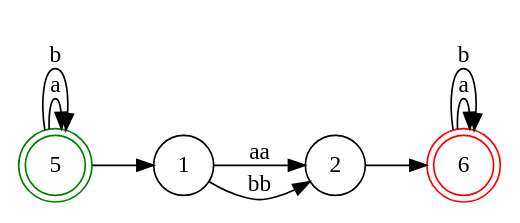
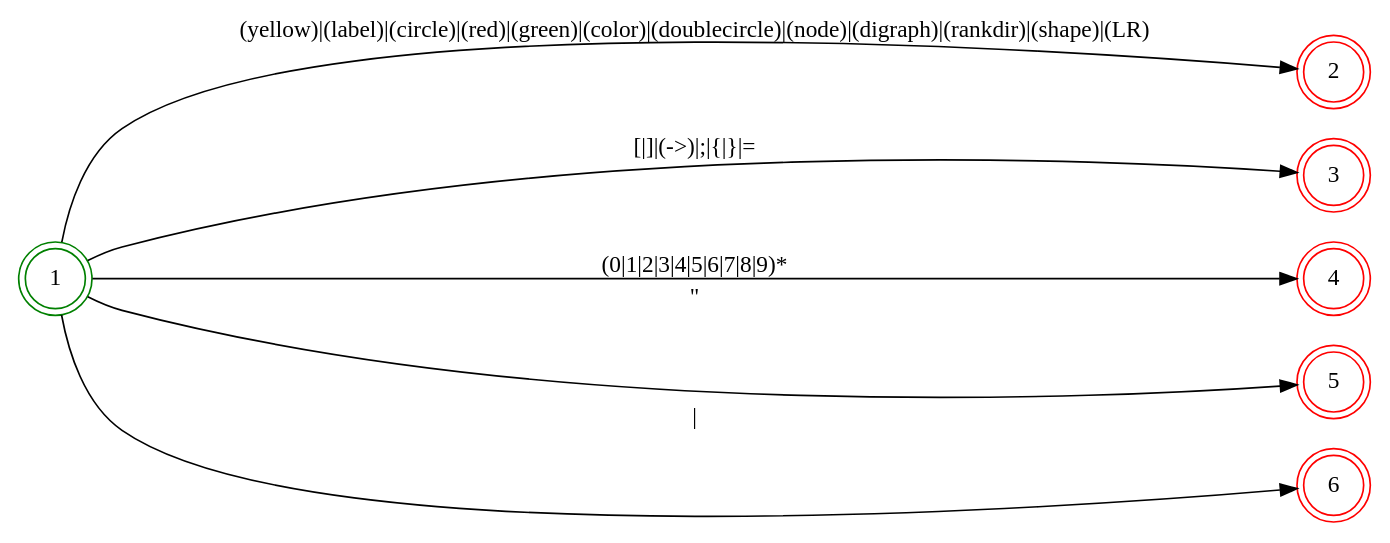
The diagram in scripts/lua/dot/NDF copy.dot (v012345/lua5.4.4), drawn with Graphviz before and after one commit. The commit also changed 4 other files, not shown here.

```diff
--- a/scripts/lua/dot/NDF copy.dot
+++ b/scripts/lua/dot/NDF copy.dot
@@ -1,16 +1,16 @@
 digraph NDF {
     rankdir = LR;
-    size = "8,5";
     node [shape = doublecircle;];
-    5 [color = green;];
+    1 [color = green;];
+    2 [color = red;];
+    3 [color = red;];
+    4 [color = red;];
+    5 [color = red;];
     6 [color = red;];
     node [shape = circle;];
-    5 -> 5 [label = "a";];
-    5 -> 5 [label = "b";];
-    5 -> 1 [label = "";];
-    1 -> 2 [label = "aa";];
-    1 -> 2 [label = "bb";];
-    2 -> 6 [label = "";];
-    6 -> 6 [label = "a";];
-    6 -> 6 [label = "b";];
+    1 -> 2 [label = "(yellow)|(label)|(circle)|(red)|(green)|(color)|(doublecircle)|(node)|(digraph)|(rankdir)|(shape)|(LR)";];
+    1 -> 3 [label = "[|]|(->)|;|{|}|=";];
+    1 -> 4 [label = "(0|1|2|3|4|5|6|7|8|9)*";];
+    1 -> 5 [label = "\"";];
+    1 -> 6 [label = " |\n";];
 }
```
